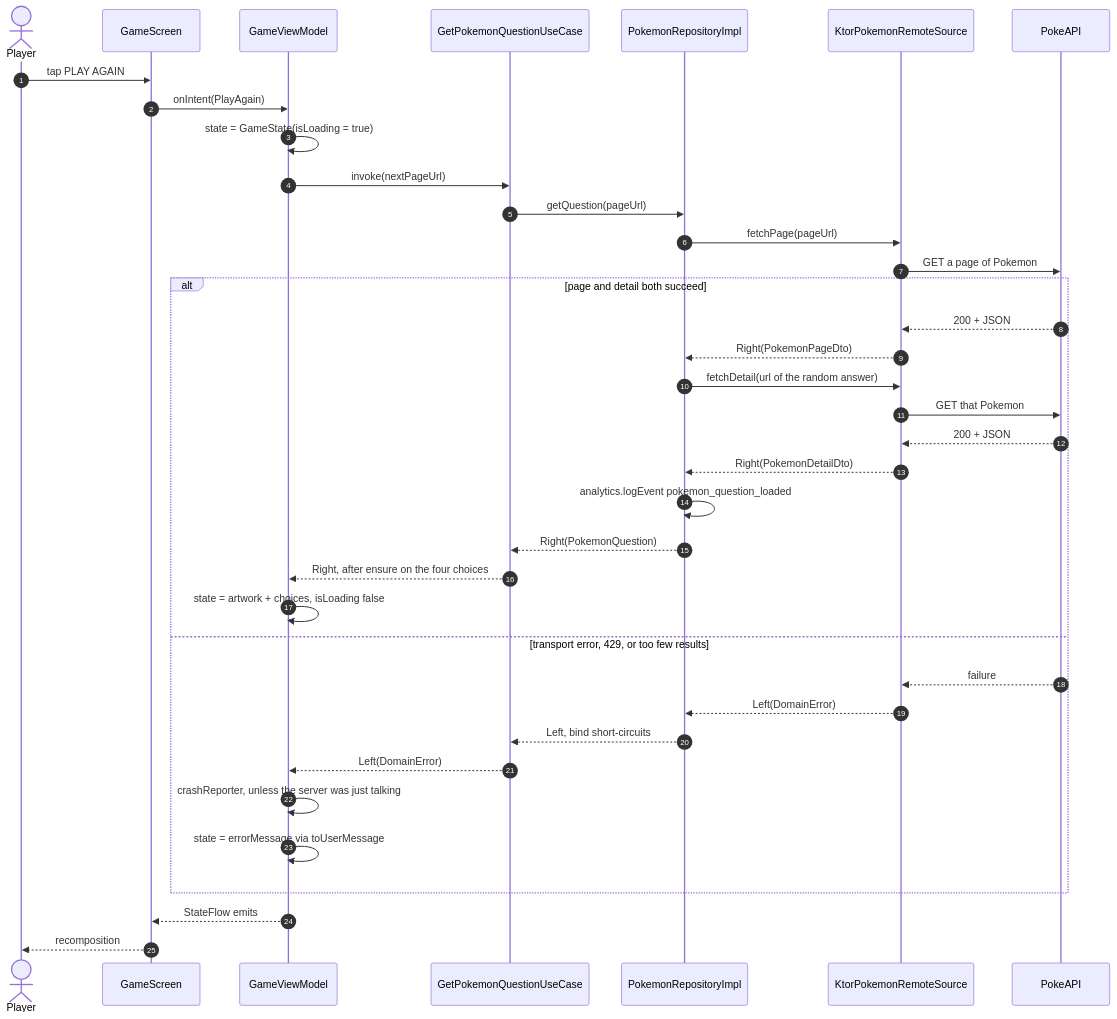
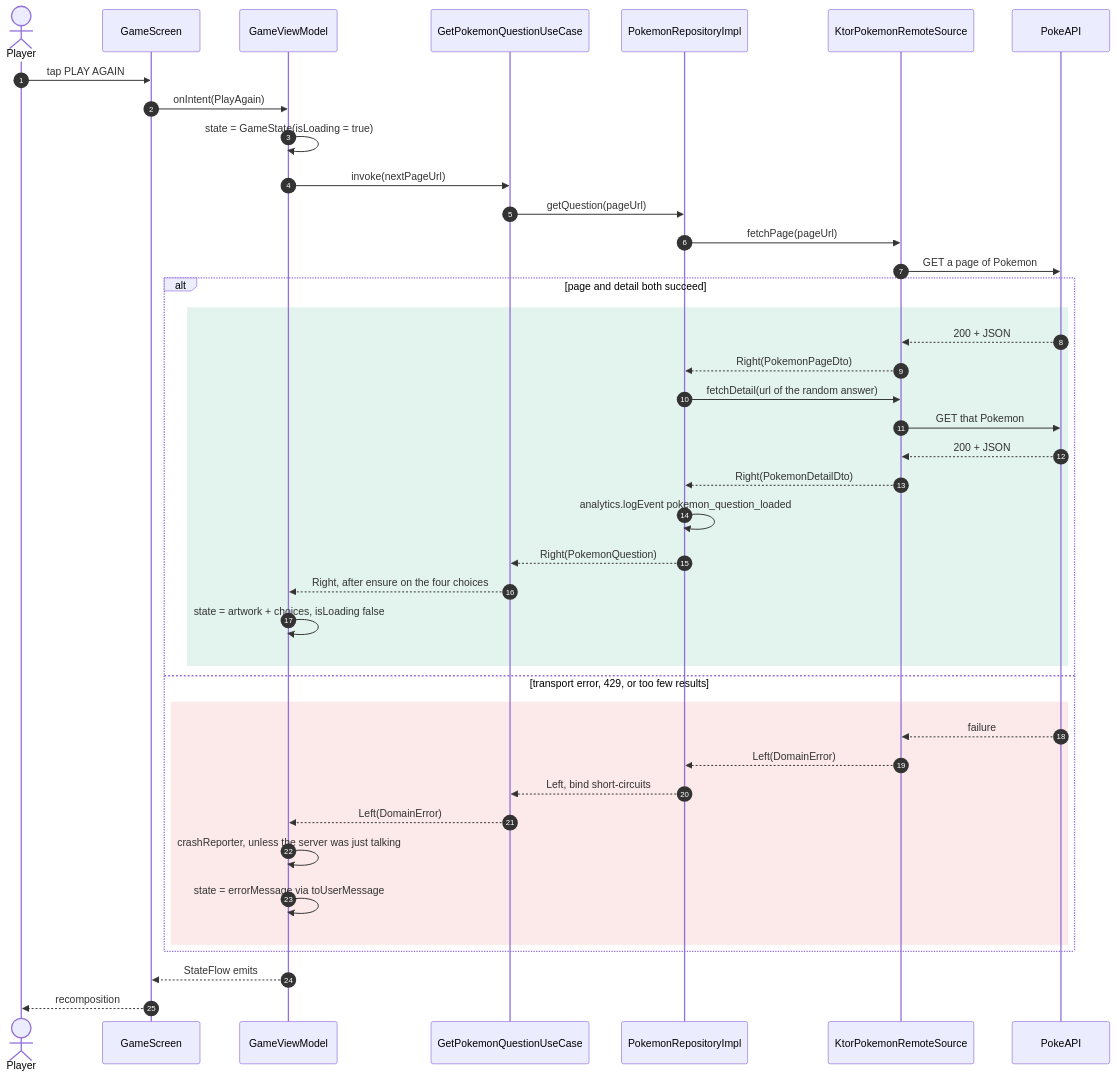
Before and after one commit to chrisjc29/PokeDexMulti: the third of 3 diagrams in README.md, drawn with Mermaid. The commit also changed other lines of this file and 1 other file, not shown here.

Commit message:
Colour-code the architecture diagrams
One palette across all ten diagrams: blue presentation, green domain,
orange data, dashed grey cross-cutting, red failure path. The layer a box
belongs to is now readable before any label is.

The hexes are fixed rather than theme-aware, because Mermaid in a README
has no media query to hang a second set on. #3987e5 / #199e70 / #d95926
were picked by running the palette validator against BOTH GitHub surfaces
(#ffffff and #0d1117): all-pairs colour-blind separation, lightness band,
chroma floor and contrast pass in both modes.

Node text is deliberately left unstyled so it keeps the reader's theme ink;
fills are the same hues at 13% alpha, so the box tints without trapping
dark text on a dark background. That is the failure mode the no-colour rule
was guarding against, and it is the only thing colour here had to avoid.

Colour is never the only cue: every node stays inside a labelled subgraph,
and the three diagrams not about layers (source sets, route stack, test
tiers) state their own legend underneath.

Verified by re-rendering all ten in both themes.

````diff
--- a/README.md
+++ b/README.md
@@ -105,40 +130,44 @@
 ```mermaid
 sequenceDiagram
     autonumber
     actor Player
     participant S as GameScreen
     participant VM as GameViewModel
     participant UC as GetPokemonQuestionUseCase
     participant REPO as PokemonRepositoryImpl
     participant NET as KtorPokemonRemoteSource
     participant API as PokeAPI
 
     Player->>S: tap PLAY AGAIN
     S->>VM: onIntent(PlayAgain)
     VM->>VM: state = GameState(isLoading = true)
     VM->>UC: invoke(nextPageUrl)
     UC->>REPO: getQuestion(pageUrl)
     REPO->>NET: fetchPage(pageUrl)
     NET->>API: GET a page of Pokemon
     alt page and detail both succeed
-        API-->>NET: 200 + JSON
-        NET-->>REPO: Right(PokemonPageDto)
-        REPO->>NET: fetchDetail(url of the random answer)
-        NET->>API: GET that Pokemon
-        API-->>NET: 200 + JSON
-        NET-->>REPO: Right(PokemonDetailDto)
-        REPO->>REPO: analytics.logEvent pokemon_question_loaded
-        REPO-->>UC: Right(PokemonQuestion)
-        UC-->>VM: Right, after ensure on the four choices
-        VM->>VM: state = artwork + choices, isLoading false
+        rect rgba(25, 158, 112, 0.12)
+            API-->>NET: 200 + JSON
+            NET-->>REPO: Right(PokemonPageDto)
+            REPO->>NET: fetchDetail(url of the random answer)
+            NET->>API: GET that Pokemon
+            API-->>NET: 200 + JSON
+            NET-->>REPO: Right(PokemonDetailDto)
+            REPO->>REPO: analytics.logEvent pokemon_question_loaded
+            REPO-->>UC: Right(PokemonQuestion)
+            UC-->>VM: Right, after ensure on the four choices
+            VM->>VM: state = artwork + choices, isLoading false
+        end
     else transport error, 429, or too few results
-        API-->>NET: failure
-        NET-->>REPO: Left(DomainError)
-        REPO-->>UC: Left, bind short-circuits
-        UC-->>VM: Left(DomainError)
-        VM->>VM: crashReporter, unless the server was just talking
-        VM->>VM: state = errorMessage via toUserMessage
+        rect rgba(227, 73, 72, 0.12)
+            API-->>NET: failure
+            NET-->>REPO: Left(DomainError)
+            REPO-->>UC: Left, bind short-circuits
+            UC-->>VM: Left(DomainError)
+            VM->>VM: crashReporter, unless the server was just talking
+            VM->>VM: state = errorMessage via toUserMessage
+        end
     end
     VM-->>S: StateFlow emits
     S-->>Player: recomposition
 ```
````
